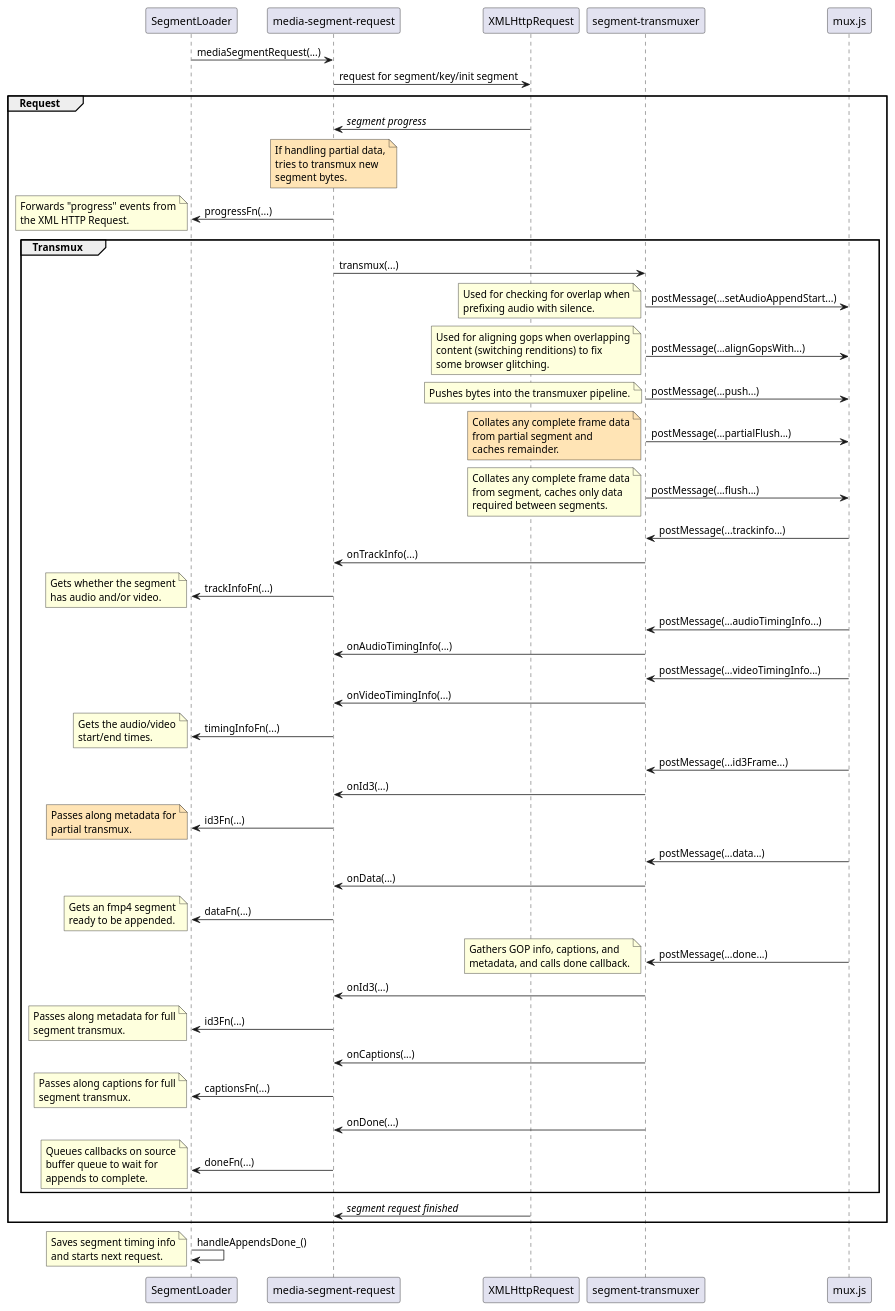
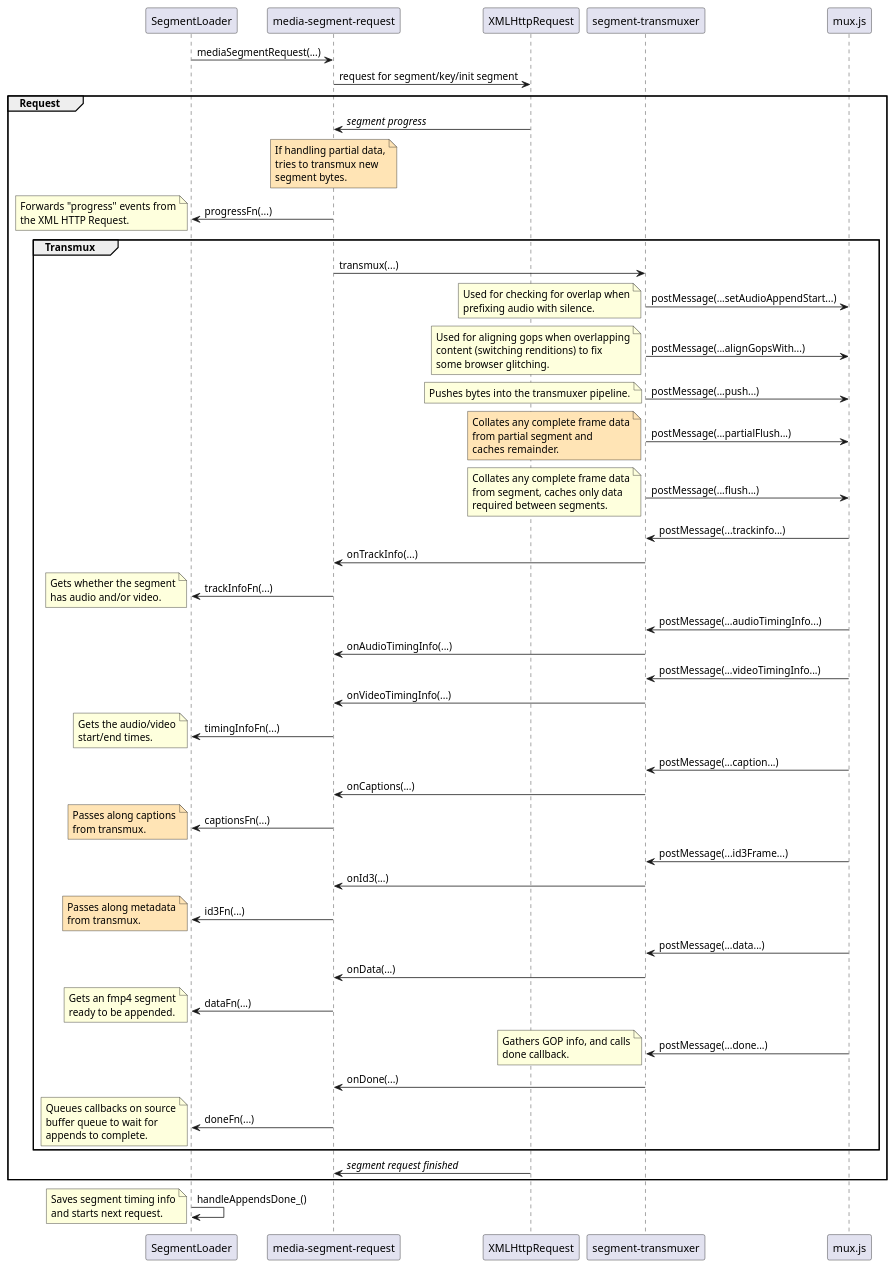
One commit to videojs/http-streaming changed the diagram in docs/lhls/new-segment-loader-sequence.plantuml. Above: the diagram before and after it, drawn with PlantUML. The commit also changed 3 other files, not shown here.

```diff
--- a/docs/lhls/new-segment-loader-sequence.plantuml
+++ b/docs/lhls/new-segment-loader-sequence.plantuml
@@ -1,124 +1,120 @@
 @startuml
 
 participant SegmentLoader order 1
 participant "media-segment-request" order 2
 participant XMLHttpRequest order 3
 participant "segment-transmuxer" order 4
 participant mux.js order 5
 
 SegmentLoader -> "media-segment-request" : mediaSegmentRequest(...)
 "media-segment-request" -> XMLHttpRequest : request for segment/key/init segment
 
 group Request
   XMLHttpRequest -> "media-segment-request" : //segment progress//
   note over "media-segment-request" #moccasin
    If handling partial data,
    tries to transmux new
    segment bytes.
   end note
   "media-segment-request" -> SegmentLoader : progressFn(...)
   note left
     Forwards "progress" events from
     the XML HTTP Request.
   end note
   group Transmux
     "media-segment-request" -> "segment-transmuxer" : transmux(...)
 
     "segment-transmuxer" -> mux.js : postMessage(...setAudioAppendStart...)
     note left
       Used for checking for overlap when
       prefixing audio with silence.
     end note
     "segment-transmuxer" -> mux.js : postMessage(...alignGopsWith...)
     note left
       Used for aligning gops when overlapping
       content (switching renditions) to fix
       some browser glitching.
     end note
 
     "segment-transmuxer" -> mux.js : postMessage(...push...)
     note left
       Pushes bytes into the transmuxer pipeline.
     end note
 
     "segment-transmuxer" -> mux.js : postMessage(...partialFlush...)
     note left #moccasin
       Collates any complete frame data
       from partial segment and
       caches remainder.
     end note
     "segment-transmuxer" -> mux.js : postMessage(...flush...)
     note left
       Collates any complete frame data
       from segment, caches only data
       required between segments.
     end note
 
     "mux.js" -> "segment-transmuxer" : postMessage(...trackinfo...)
     "segment-transmuxer" -> "media-segment-request" : onTrackInfo(...)
     "media-segment-request" -> SegmentLoader : trackInfoFn(...)
     note left
       Gets whether the segment
       has audio and/or video.
     end note
     "mux.js" -> "segment-transmuxer" : postMessage(...audioTimingInfo...)
     "segment-transmuxer" -> "media-segment-request" : onAudioTimingInfo(...)
     "mux.js" -> "segment-transmuxer" : postMessage(...videoTimingInfo...)
     "segment-transmuxer" -> "media-segment-request" : onVideoTimingInfo(...)
     "media-segment-request" -> SegmentLoader : timingInfoFn(...)
     note left
       Gets the audio/video
       start/end times.
     end note
 
+    "mux.js" -> "segment-transmuxer" : postMessage(...caption...)
+    "segment-transmuxer" -> "media-segment-request" : onCaptions(...)
+    "media-segment-request" -> SegmentLoader : captionsFn(...)
+    note left #moccasin
+      Passes along captions
+      from transmux.
+    end note
+
     "mux.js" -> "segment-transmuxer" : postMessage(...id3Frame...)
     "segment-transmuxer" -> "media-segment-request" : onId3(...)
     "media-segment-request" -> SegmentLoader : id3Fn(...)
     note left #moccasin
-      Passes along metadata for
-      partial transmux.
+      Passes along metadata
+      from transmux.
     end note
 
     "mux.js" -> "segment-transmuxer" : postMessage(...data...)
     "segment-transmuxer" -> "media-segment-request" : onData(...)
     "media-segment-request" -> SegmentLoader : dataFn(...)
     note left
       Gets an fmp4 segment
       ready to be appended.
     end note
 
     "mux.js" -> "segment-transmuxer" : postMessage(...done...)
     note left
-      Gathers GOP info, captions, and
-      metadata, and calls done callback.
-    end note
-    "segment-transmuxer" -> "media-segment-request" : onId3(...)
-    "media-segment-request" -> SegmentLoader : id3Fn(...)
-    note left
-      Passes along metadata for full
-      segment transmux.
-    end note
-    "segment-transmuxer" -> "media-segment-request" : onCaptions(...)
-    "media-segment-request" -> SegmentLoader : captionsFn(...)
-    note left
-      Passes along captions for full
-      segment transmux.
+      Gathers GOP info, and calls
+      done callback.
     end note
     "segment-transmuxer" -> "media-segment-request" : onDone(...)
     "media-segment-request" -> SegmentLoader : doneFn(...)
     note left
       Queues callbacks on source
       buffer queue to wait for
       appends to complete.
     end note
   end
   XMLHttpRequest -> "media-segment-request" : //segment request finished//
 end
 
 SegmentLoader -> SegmentLoader : handleAppendsDone_()
 note left
   Saves segment timing info
   and starts next request.
 end note
 
 @enduml
```
